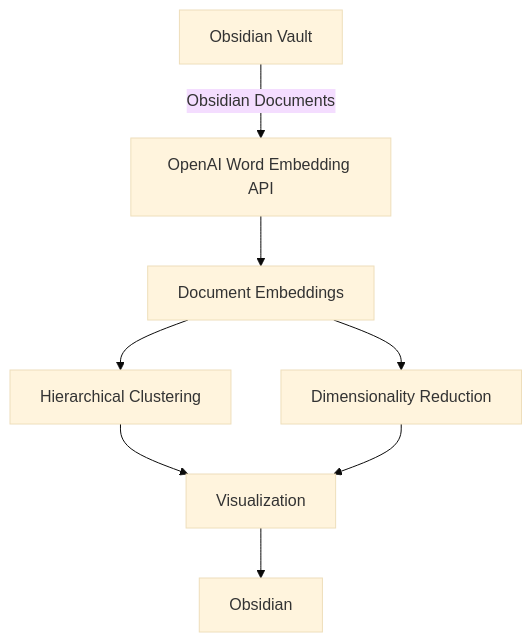
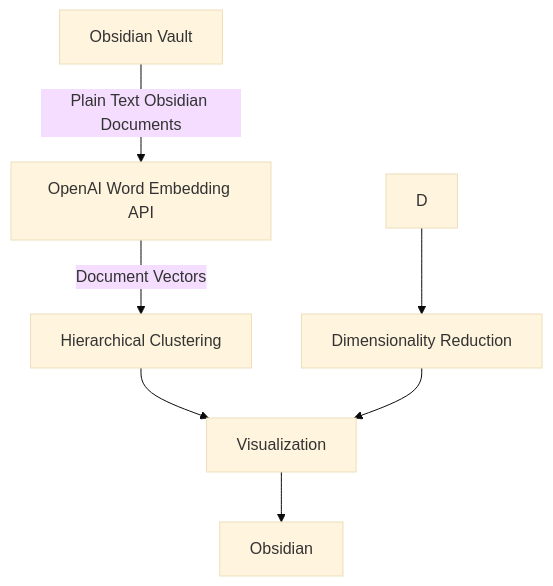
Before and after one commit to aidanbx/GraphGurusVault: the diagram in Garden/System Pipeline.md, drawn with Mermaid (base theme). The commit also changed other lines of this file, not shown here.

Commit message:
Aidan vault backup: 2023-02-07 12:44:35

````diff
--- a/Garden/System Pipeline.md
+++ b/Garden/System Pipeline.md
@@ -1,19 +1,17 @@
 ```mermaid
 graph TD
 
 A[Obsidian Vault]
 C[OpenAI Word Embedding API]
-D[Document Embeddings]
 E[Hierarchical Clustering]
 F[Dimensionality Reduction]
 G[Visualization]
 H[Obsidian]
 
-A -->|Obsidian Documents| C
-C --> D
-D --> E
+A -->|Plain Text Obsidian Documents| C
+C -->|Document Vectors| E
 D --> F
 E --> G
 F --> G
 G --> H
 ```
````
